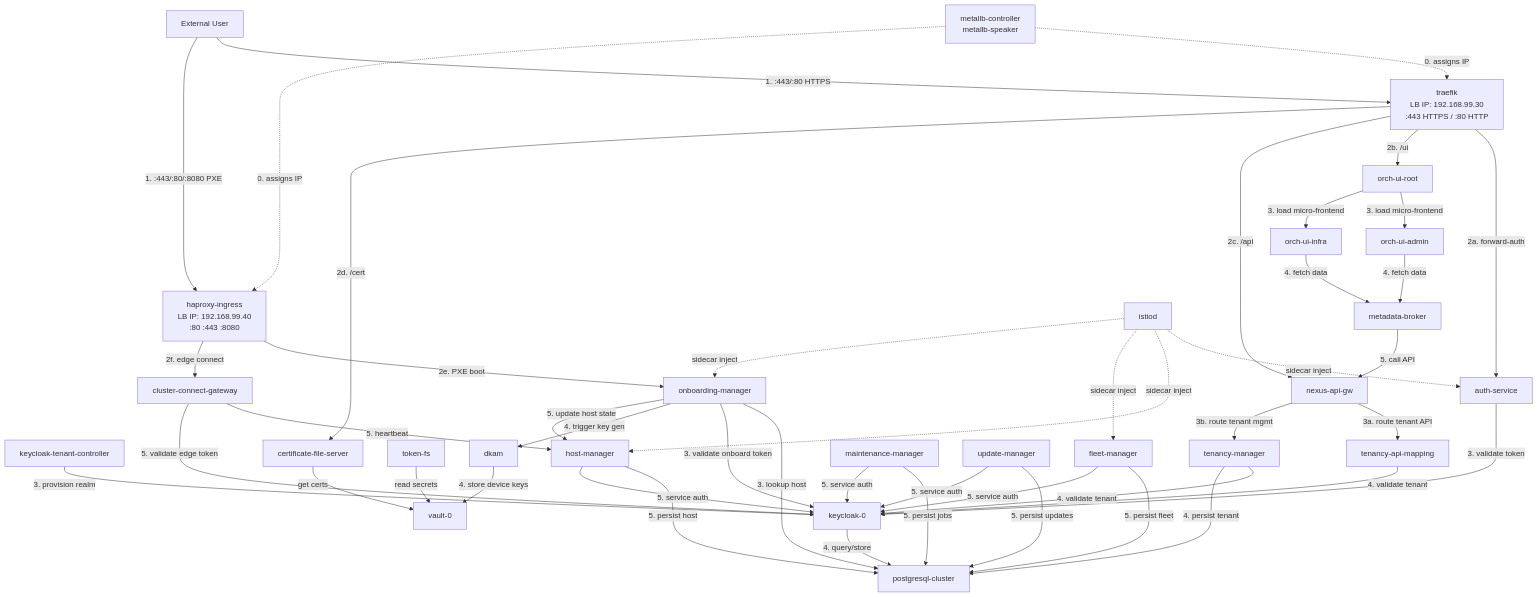
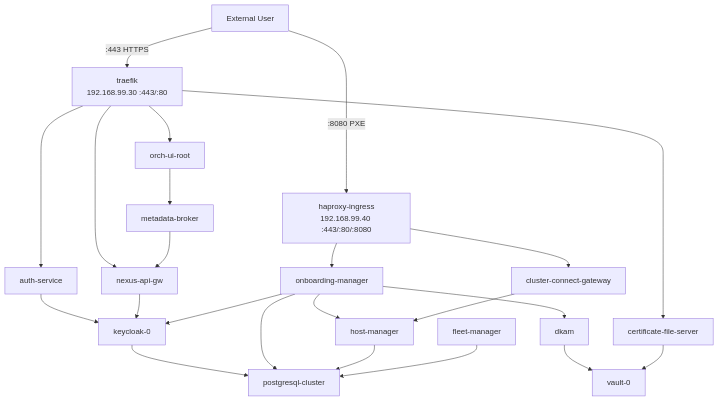
The diagram in pre-orch/diagram.md (open-edge-platform/edge-manageability-framework), drawn with Mermaid before and after one commit.

````diff
--- a/pre-orch/diagram.md
+++ b/pre-orch/diagram.md
@@ -3,116 +3,57 @@
 ```mermaid
 graph TD
-    %% External User Access
     USER["External User"]
-
-    %% MetalLB Load Balancer
-    METALLB["metallb-controller<br/>metallb-speaker"]
-
-    %% Traefik Ingress - Main HTTPS entry
-    TRAEFIK["traefik<br/>LB IP: 192.168.99.30<br/>:443 HTTPS / :80 HTTP"]
-
-    %% HAProxy Ingress - PXE boot entry
-    HAPROXY["haproxy-ingress<br/>LB IP: 192.168.99.40<br/>:80 :443 :8080"]
-
-    %% Auth & Identity
+    TRAEFIK["traefik<br/>192.168.99.30 :443/:80"]
+    HAPROXY["haproxy-ingress<br/>192.168.99.40 :443/:80/:8080"]
     AUTH["auth-service"]
     KEYCLOAK["keycloak-0"]
-    KC_TENANT["keycloak-tenant-controller"]
-
-    %% Tenancy / IAM
     NEXUS_GW["nexus-api-gw"]
-    TEN_API["tenancy-api-mapping"]
-    TEN_MGR["tenancy-manager"]
-
-    %% Database
     PG["postgresql-cluster"]
-
-    %% Secrets & Certs
     VAULT["vault-0"]
-    TOKEN_FS["token-fs"]
     CERT_FS["certificate-file-server"]
-
-    %% Infra Services
     HOST_MGR["host-manager"]
     FLEET_MGR["fleet-manager"]
     ONB_MGR["onboarding-manager"]
     DKAM["dkam"]
-    MAINT_MGR["maintenance-manager"]
-    UPDATE_MGR["update-manager"]
     CLUSTER_GW["cluster-connect-gateway"]
+    UI_ROOT["orch-ui-root"]
+    META_BROKER["metadata-broker"]
+
+    %% External access
+    USER -->|":443 HTTPS"| TRAEFIK
+    USER -->|":8080 PXE"| HAPROXY
+
+    %% Traefik routes
+    TRAEFIK --> AUTH
+    TRAEFIK --> UI_ROOT
+    TRAEFIK --> NEXUS_GW
+    TRAEFIK --> CERT_FS
+
+    %% HAProxy routes
+    HAPROXY --> ONB_MGR
+    HAPROXY --> CLUSTER_GW
+
+    %% Auth
+    AUTH --> KEYCLOAK
+    KEYCLOAK --> PG
+
+    %% API
+    NEXUS_GW --> KEYCLOAK
 
     %% UI
-    UI_ROOT["orch-ui-root"]
-    UI_ADMIN["orch-ui-admin"]
-    UI_INFRA["orch-ui-infra"]
-    META_BROKER["metadata-broker"]
+    UI_ROOT --> META_BROKER
+    META_BROKER --> NEXUS_GW
 
-    %% Service Mesh
-    ISTIOD["istiod"]
+    %% Onboarding
+    ONB_MGR --> KEYCLOAK
+    ONB_MGR --> PG
+    ONB_MGR --> DKAM
+    DKAM --> VAULT
+    ONB_MGR --> HOST_MGR
 
-    %% ─── 0. MetalLB assigns IPs ────────────────────────────────
-    METALLB -.->|"0. assigns IP"| TRAEFIK
-    METALLB -.->|"0. assigns IP"| HAPROXY
-
-    %% ─── 1. External user entry points ─────────────────────────
-    USER -->|"1. :443/:80 HTTPS"| TRAEFIK
-    USER -->|"1. :443/:80/:8080 PXE"| HAPROXY
-
-    %% ─── 2. Traefik routes to services ─────────────────────────
-    TRAEFIK -->|"2a. forward-auth"| AUTH
-    TRAEFIK -->|"2b. /ui"| UI_ROOT
-    TRAEFIK -->|"2c. /api"| NEXUS_GW
-    TRAEFIK -->|"2d. /cert"| CERT_FS
-
-    %% ─── 2. HAProxy routes to edge services ────────────────────
-    HAPROXY -->|"2e. PXE boot"| ONB_MGR
-    HAPROXY -->|"2f. edge connect"| CLUSTER_GW
-
-    %% ─── 3. Auth & Identity ────────────────────────────────────
-    AUTH -->|"3. validate token"| KEYCLOAK
-    KC_TENANT -->|"3. provision realm"| KEYCLOAK
-    KEYCLOAK -->|"4. query/store"| PG
-
-    %% ─── 3. API Gateway routes ─────────────────────────────────
-    NEXUS_GW -->|"3a. route tenant API"| TEN_API
-    NEXUS_GW -->|"3b. route tenant mgmt"| TEN_MGR
-    TEN_API -->|"4. validate tenant"| KEYCLOAK
-    TEN_MGR -->|"4. validate tenant"| KEYCLOAK
-    TEN_MGR -->|"4. persist tenant"| PG
-
-    %% ─── 3-5. Onboarding path ──────────────────────────────────
-    ONB_MGR -->|"3. lookup host"| PG
-    ONB_MGR -->|"3. validate onboard token"| KEYCLOAK
-    ONB_MGR -->|"4. trigger key gen"| DKAM
-    DKAM -->|"4. store device keys"| VAULT
-    ONB_MGR -->|"5. update host state"| HOST_MGR
-
-    %% ─── 5. Infra services ─────────────────────────────────────
-    HOST_MGR -->|"5. persist host"| PG
-    HOST_MGR -->|"5. service auth"| KEYCLOAK
-    FLEET_MGR -->|"5. persist fleet"| PG
-    FLEET_MGR -->|"5. service auth"| KEYCLOAK
-    MAINT_MGR -->|"5. persist jobs"| PG
-    MAINT_MGR -->|"5. service auth"| KEYCLOAK
-    UPDATE_MGR -->|"5. persist updates"| PG
-    UPDATE_MGR -->|"5. service auth"| KEYCLOAK
-    CLUSTER_GW -->|"5. heartbeat"| HOST_MGR
-    CLUSTER_GW -->|"5. validate edge token"| KEYCLOAK
-
-    %% ─── 3-5. UI path ──────────────────────────────────────────
-    UI_ROOT -->|"3. load micro-frontend"| UI_ADMIN
-    UI_ROOT -->|"3. load micro-frontend"| UI_INFRA
-    UI_ADMIN -->|"4. fetch data"| META_BROKER
-    UI_INFRA -->|"4. fetch data"| META_BROKER
-    META_BROKER -->|"5. call API"| NEXUS_GW
-
-    %% ─── Secrets / Token flow ──────────────────────────────────
-    TOKEN_FS -->|"read secrets"| VAULT
-    CERT_FS -->|"get certs"| VAULT
-
-    %% ─── Service Mesh sidecar injection ────────────────────────
-    ISTIOD -.->|"sidecar inject"| AUTH
-    ISTIOD -.->|"sidecar inject"| HOST_MGR
-    ISTIOD -.->|"sidecar inject"| FLEET_MGR
-    ISTIOD -.->|"sidecar inject"| ONB_MGR
+    %% Infra
+    HOST_MGR --> PG
+    FLEET_MGR --> PG
+    CLUSTER_GW --> HOST_MGR
+    CERT_FS --> VAULT
 ```
````
